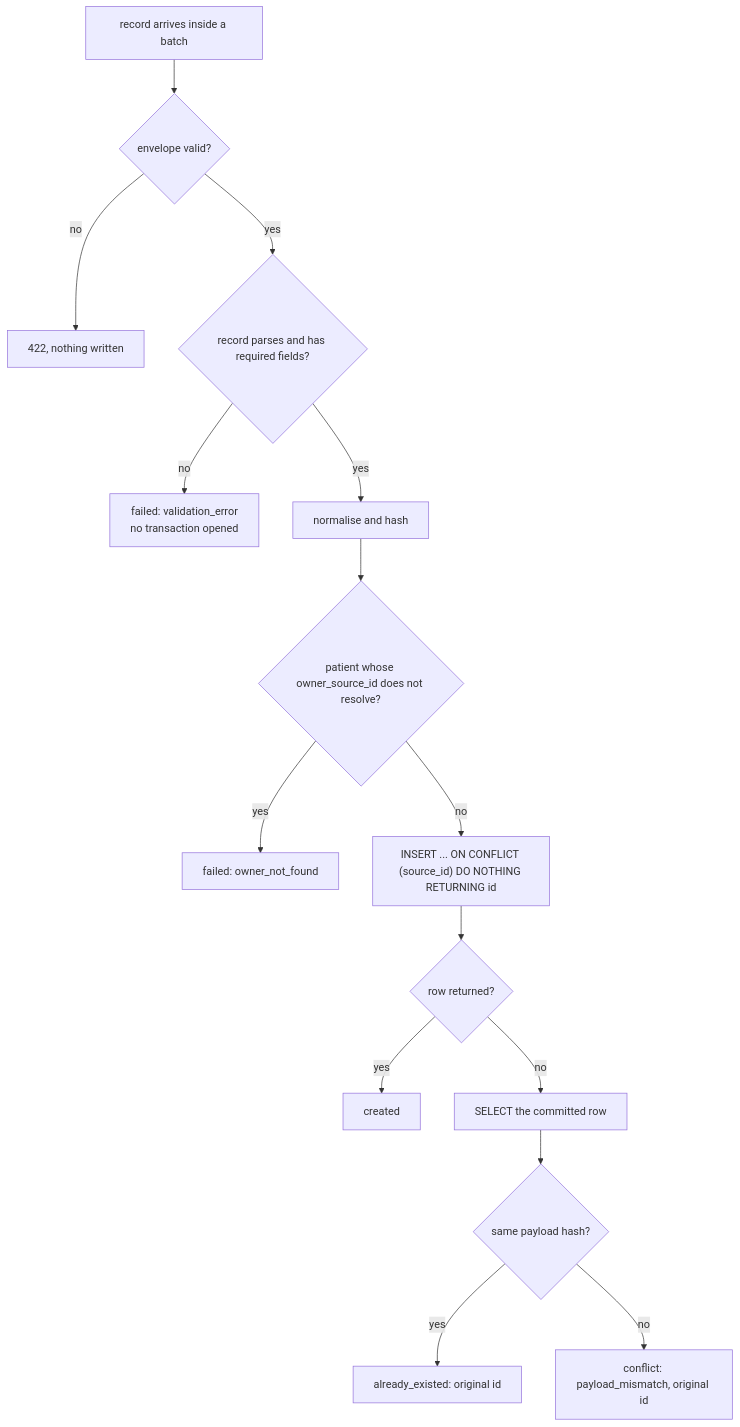
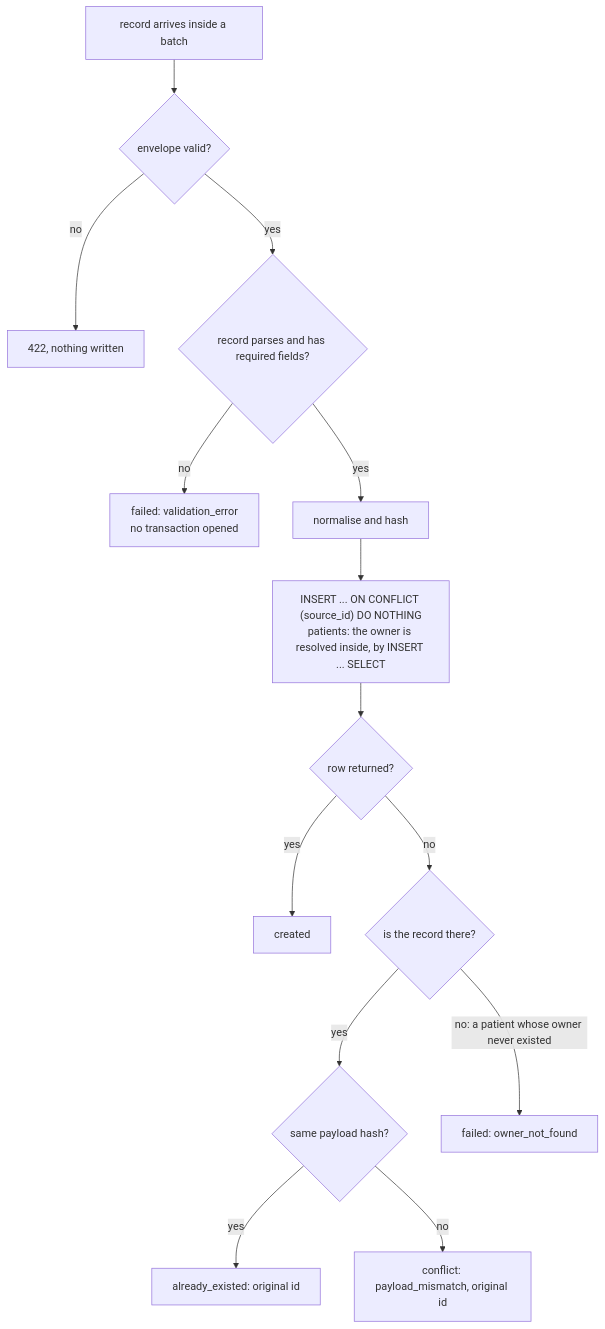
One commit to ppollo07/idempotent-bulk-import changed the first of 3 diagrams in README.md. Above: the diagram before and after it, drawn with Mermaid. The commit also changed other lines of this file, not shown here.

````diff
--- a/README.md
+++ b/README.md
@@ -145,17 +143,16 @@
 ```mermaid
 flowchart TD
     A["record arrives inside a batch"] --> B{"envelope valid?"}
     B -->|no| B1["422, nothing written"]
     B -->|yes| C{"record parses and has required fields?"}
     C -->|no| C1["failed: validation_error<br/>no transaction opened"]
     C -->|yes| D["normalise and hash"]
-    D --> E{"patient whose owner_source_id does not resolve?"}
-    E -->|yes| F1["failed: owner_not_found"]
-    E -->|no| G
-    G["INSERT ... ON CONFLICT (source_id) DO NOTHING RETURNING id"] --> H{"row returned?"}
-    H -->|yes| H1["created"]
-    H -->|no| I["SELECT the committed row"]
-    I --> J{"same payload hash?"}
-    J -->|yes| J1["already_existed: original id"]
-    J -->|no| J2["conflict: payload_mismatch, original id"]
+    D --> E["INSERT ... ON CONFLICT (source_id) DO NOTHING<br/>patients: the owner is resolved inside, by INSERT ... SELECT"]
+    E --> F{"row returned?"}
+    F -->|yes| F1["created"]
+    F -->|no| G{"is the record there?"}
+    G -->|"yes"| H{"same payload hash?"}
+    H -->|yes| H1["already_existed: original id"]
+    H -->|no| H2["conflict: payload_mismatch, original id"]
+    G -->|"no: a patient whose owner never existed"| G1["failed: owner_not_found"]
 ```
````
